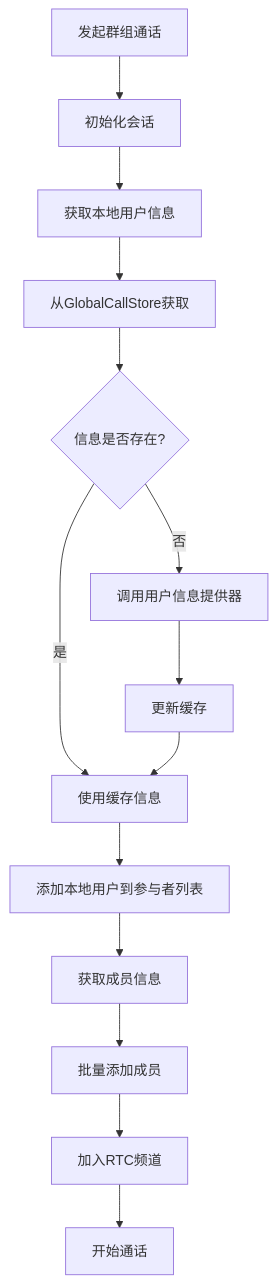
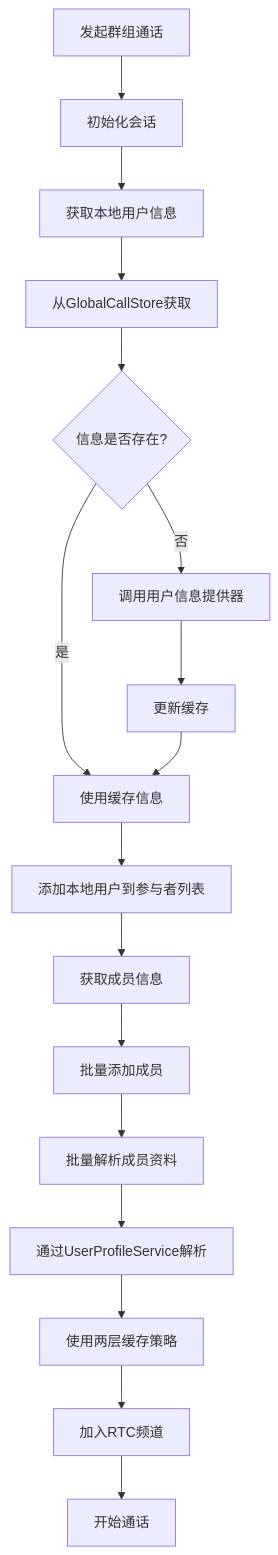
One commit to Easemob-Community/easemob-uikit-callkit-vue3 changed the fifth of 9 diagrams in .qoder/repowiki/zh/content/服务层/用户资料服务.md. Above: the diagram before and after it, drawn with Mermaid. The commit also changed other lines of this file and 12 other files, not shown here.

````diff
--- a/.qoder/repowiki/zh/content/服务层/用户资料服务.md
+++ b/.qoder/repowiki/zh/content/服务层/用户资料服务.md
@@ -201,16 +252,19 @@
 ```mermaid
 flowchart TD
 A[发起群组通话] --> B[初始化会话]
 B --> C[获取本地用户信息]
 C --> D[从GlobalCallStore获取]
 D --> E{信息是否存在?}
 E --> |是| F[使用缓存信息]
 E --> |否| G[调用用户信息提供器]
 G --> H[更新缓存]
 H --> F
 F --> I[添加本地用户到参与者列表]
 I --> J[获取成员信息]
 J --> K[批量添加成员]
-K --> L[加入RTC频道]
-L --> M[开始通话]
+K --> L[批量解析成员资料]
+L --> M[通过UserProfileService解析]
+M --> N[使用两层缓存策略]
+N --> O[加入RTC频道]
+O --> P[开始通话]
 ```
````
